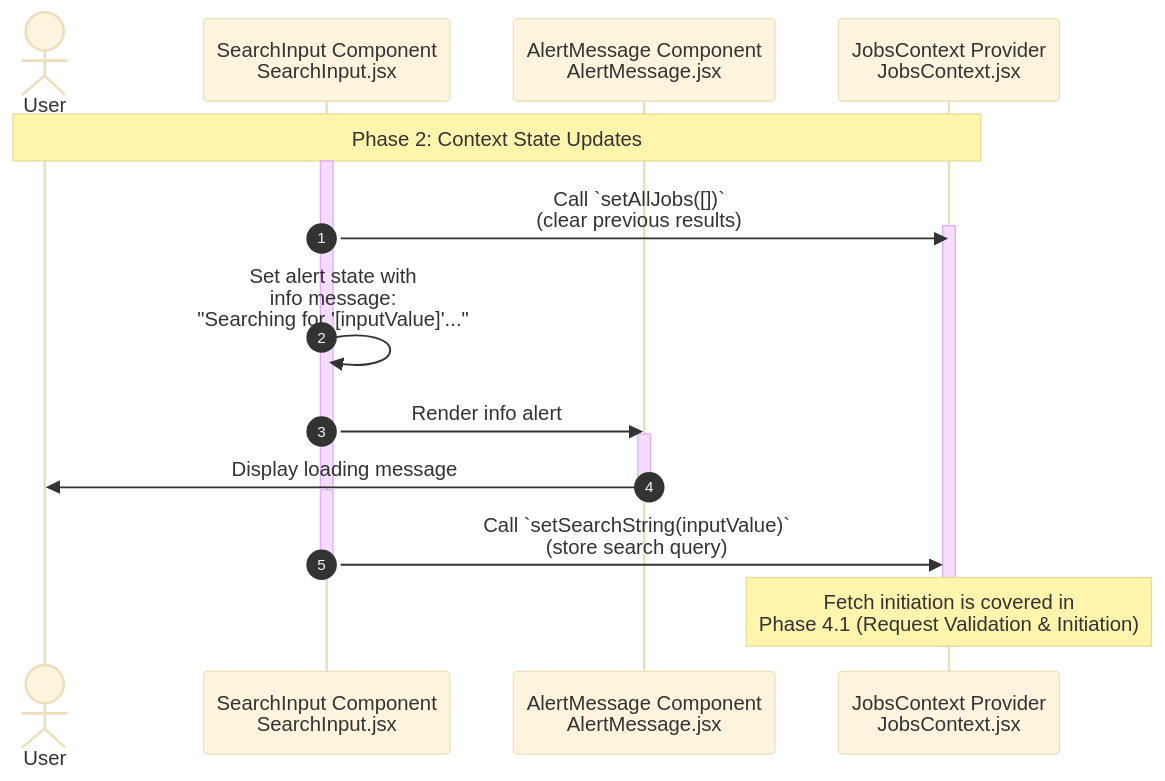
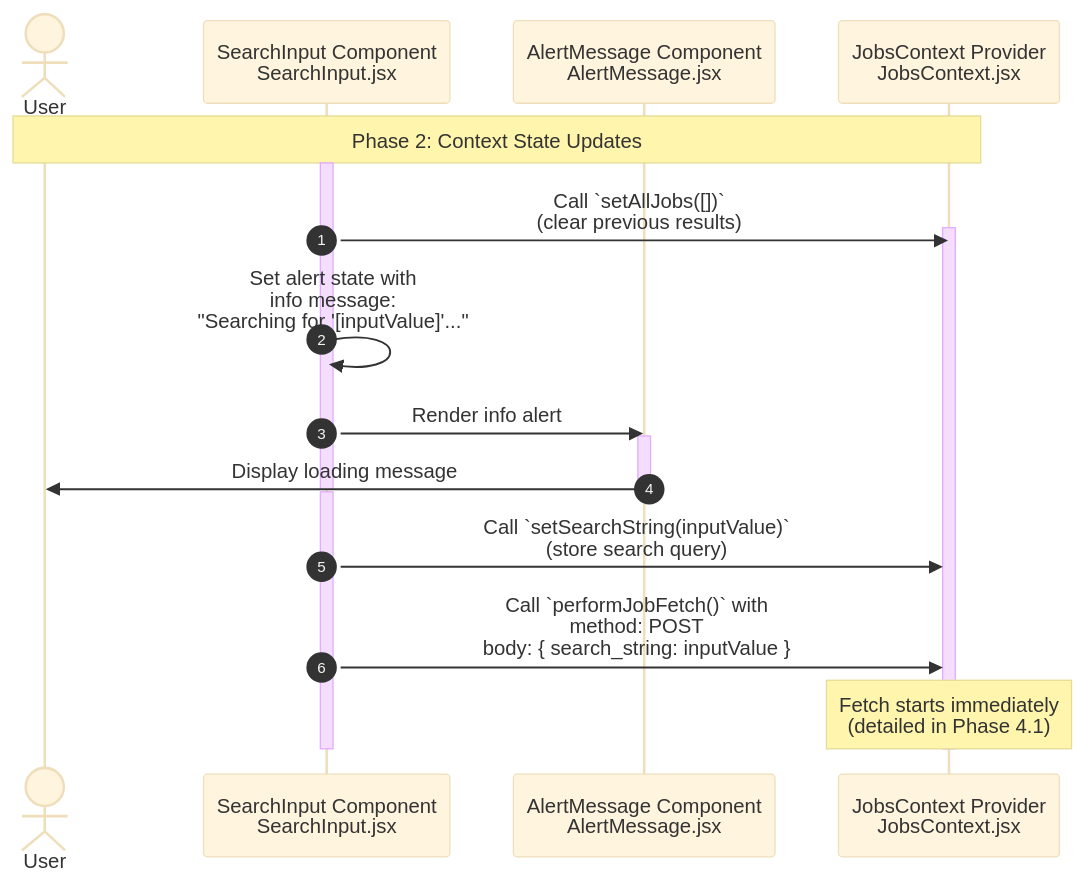
One commit to YahyaAl-Ademi/2025.10.23-JobCompass changed the diagram in documentation/jobFetch/2.Context State Updates.md. Above: the diagram before and after it, drawn with Mermaid (base theme). The commit also changed 3 other files, not shown here.

Commit message:
Update documentation for job fetching process: clarify performJobFetch initiation and enhance search processing details

````diff
--- a/documentation/jobFetch/2.Context State Updates.md
+++ b/documentation/jobFetch/2.Context State Updates.md
@@ -7,33 +7,36 @@
 ```mermaid
 sequenceDiagram
     autonumber
     actor User
     %% File paths:
     %% SearchInput: client/src/components/SearchInput/SearchInput.jsx
     %% AlertMessage: client/src/components/AlertMessage/AlertMessage.jsx
     %% JobsContext: client/src/context/JobsContext.jsx
     participant SearchInput as SearchInput Component<br/>SearchInput.jsx
     participant AlertMessage as AlertMessage Component<br/>AlertMessage.jsx
     participant JobsContext as JobsContext Provider<br/>JobsContext.jsx
 
     Note over User,JobsContext: Phase 2: Context State Updates
     activate SearchInput
     SearchInput->>JobsContext: Call `setAllJobs([])`<br/>(clear previous results)
     activate JobsContext
     deactivate SearchInput
 
     activate SearchInput
     SearchInput->>SearchInput: Set alert state with<br/>info message:<br/>"Searching for '[inputValue]'..."
     SearchInput->>AlertMessage: Render info alert
     activate AlertMessage
     AlertMessage->>User: Display loading message
     deactivate AlertMessage
     deactivate SearchInput
 
     activate SearchInput
     SearchInput->>JobsContext: Call `setSearchString(inputValue)`<br/>(store search query)
     deactivate SearchInput
 
-    Note over JobsContext: Fetch initiation is covered in<br/>Phase 4.1 (Request Validation & Initiation)
+    activate SearchInput
+    SearchInput->>JobsContext: Call `performJobFetch()` with<br/>method: POST<br/>body: { search_string: inputValue }
+    Note over JobsContext: Fetch starts immediately<br/>(detailed in Phase 4.1)
+    deactivate SearchInput
     deactivate JobsContext
 ```
````
